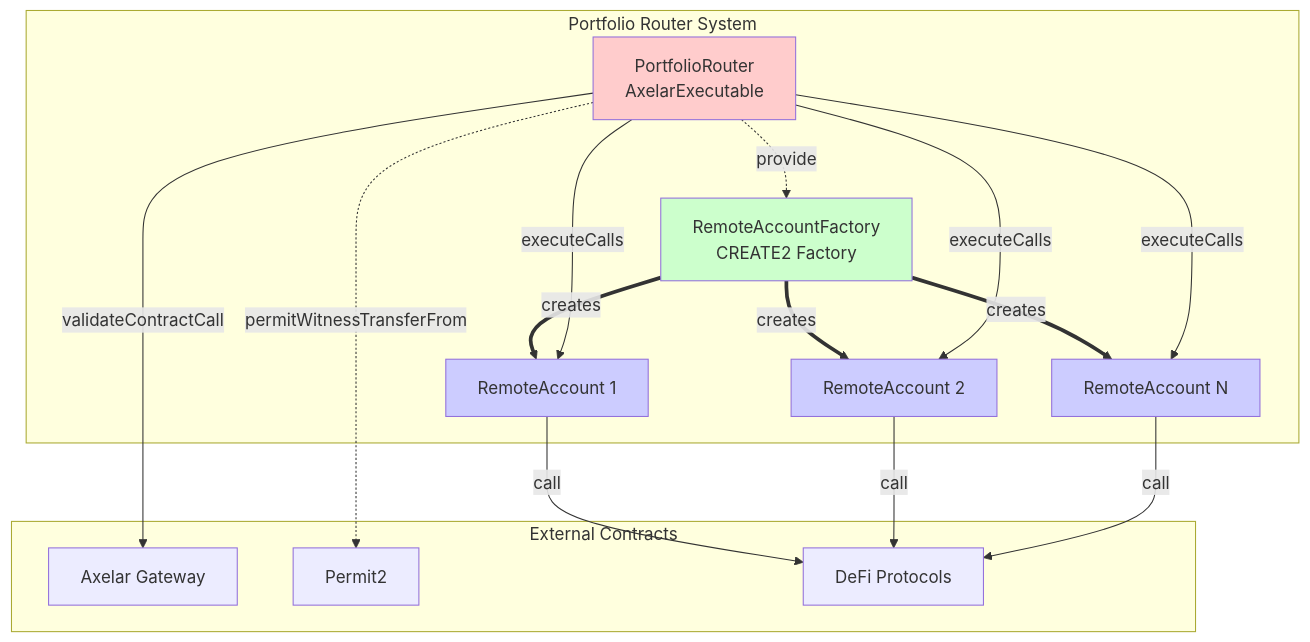
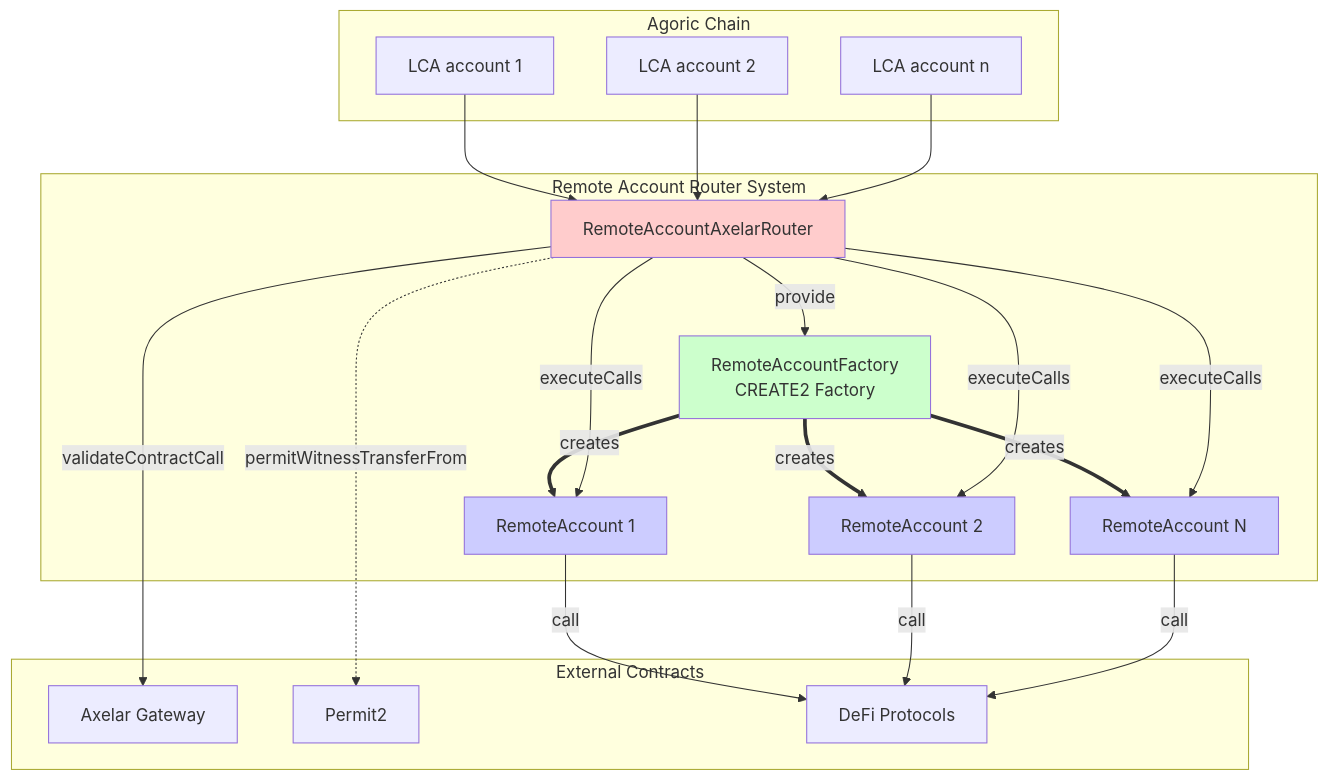
Before and after one commit to agoric-labs/agoric-to-axelar-local: the second of 8 diagrams in packages/axelar-local-dev-cosmos/src/contracts/design.md, drawn with Mermaid. The commit also changed other lines of this file, not shown here.

````diff
--- a/packages/axelar-local-dev-cosmos/src/contracts/design.md
+++ b/packages/axelar-local-dev-cosmos/src/contracts/design.md
@@ -43,35 +43,44 @@
 ```mermaid
 graph TB
-    subgraph "Portfolio Router System"
-        PR[PortfolioRouter<br/>AxelarExecutable]
+    subgraph "Agoric Chain"
+        LCA1[LCA account 1]
+        LCA2[LCA account 2]
+        LCAn[LCA account n]
+    end
+    
+    subgraph "Remote Account Router System"
+        PR[RemoteAccountAxelarRouter]
         RAF[RemoteAccountFactory<br/>CREATE2 Factory]
         RA1[RemoteAccount 1]
         RA2[RemoteAccount 2]
         RAn[RemoteAccount N]
     end
     
     subgraph "External Contracts"
         AXL[Axelar Gateway]
         P2[Permit2]
         PROTO[DeFi Protocols]
     end
     
+    LCA1 --> PR
+    LCA2 --> PR
+    LCAn --> PR
     PR --> |validateContractCall| AXL
-    PR -.->|provide| RAF
+    PR -->|provide| RAF
     RAF ==>|creates| RA1
     RAF ==>|creates| RA2
     RAF ==>|creates| RAn
     PR -->|executeCalls| RA1
     PR -->|executeCalls| RA2
     PR -->|executeCalls| RAn
     PR -.->|permitWitnessTransferFrom| P2
     RA1 -->|call| PROTO
     RA2 -->|call| PROTO
     RAn -->|call| PROTO
     
     style PR fill:#ffcccc
     style RAF fill:#ccffcc
     style RA1 fill:#ccccff
     style RA2 fill:#ccccff
     style RAn fill:#ccccff
 ```
````
